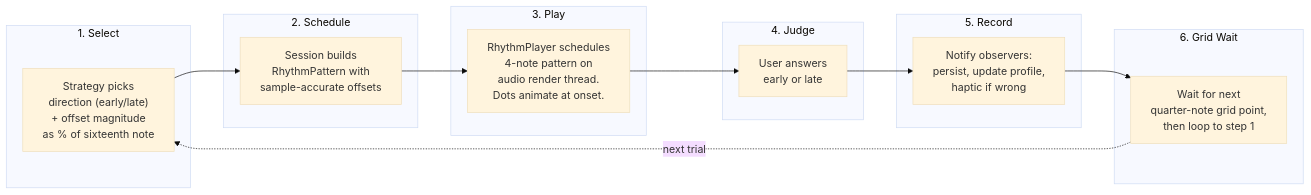
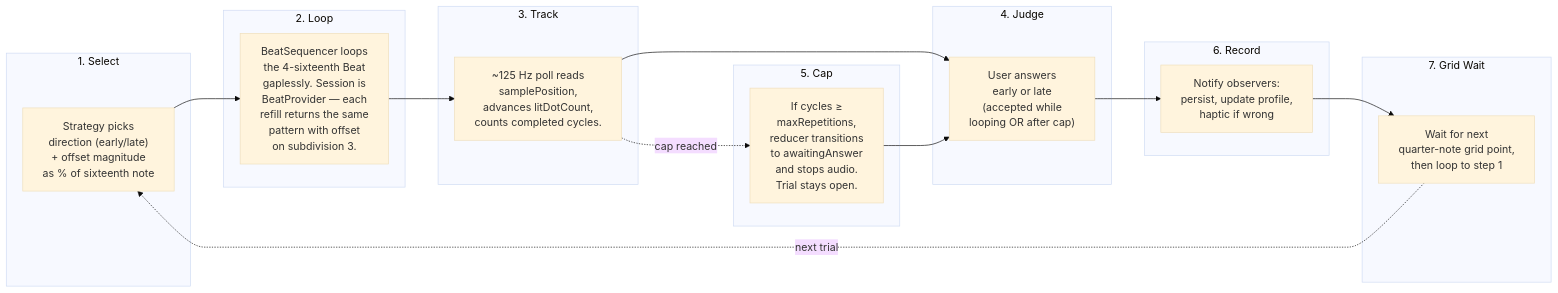
Before and after one commit to mschuerig/peach-ios: the seventh of 12 diagrams in docs/arc42.md, drawn with Mermaid (base theme). The commit also changed other lines of this file and 10 other files, not shown here.

First line of the commit message:
Implement story 80.5: Architecture documentation touch-up for Timing Offset Detection

````diff
--- a/docs/arc42.md
+++ b/docs/arc42.md
@@ -360,24 +358,29 @@
 ```mermaid
 graph LR
     subgraph "1. Select"
         A["Strategy picks<br/>direction (early/late)<br/>+ offset magnitude<br/>as % of sixteenth note"]
     end
-    subgraph "2. Schedule"
-        B["Session builds<br/>RhythmPattern with<br/>sample-accurate offsets"]
+    subgraph "2. Loop"
+        B["BeatSequencer loops<br/>the 4-sixteenth Beat<br/>gaplessly. Session is<br/>BeatProvider — each<br/>refill returns the same<br/>pattern with offset<br/>on subdivision 3."]
     end
-    subgraph "3. Play"
-        C["RhythmPlayer schedules<br/>4-note pattern on<br/>audio render thread.<br/>Dots animate at onset."]
+    subgraph "3. Track"
+        C["~125 Hz poll reads<br/>samplePosition,<br/>advances litDotCount,<br/>counts completed cycles."]
     end
     subgraph "4. Judge"
-        D["User answers<br/>early or late"]
+        D["User answers<br/>early or late<br/>(accepted while<br/>looping OR after cap)"]
     end
-    subgraph "5. Record"
-        E["Notify observers:<br/>persist, update profile,<br/>haptic if wrong"]
+    subgraph "5. Cap"
+        E["If cycles ≥<br/>maxRepetitions,<br/>reducer transitions<br/>to awaitingAnswer<br/>and stops audio.<br/>Trial stays open."]
     end
-    subgraph "6. Grid Wait"
-        F["Wait for next<br/>quarter-note grid point,<br/>then loop to step 1"]
+    subgraph "6. Record"
+        F["Notify observers:<br/>persist, update profile,<br/>haptic if wrong"]
+    end
+    subgraph "7. Grid Wait"
+        G["Wait for next<br/>quarter-note grid point,<br/>then loop to step 1"]
     end
 
-    A --> B --> C --> D --> E --> F
-    F -.->|next trial| A
+    A --> B --> C --> D --> F --> G
+    C -.->|cap reached| E
+    E --> D
+    G -.->|next trial| A
 ```
````
